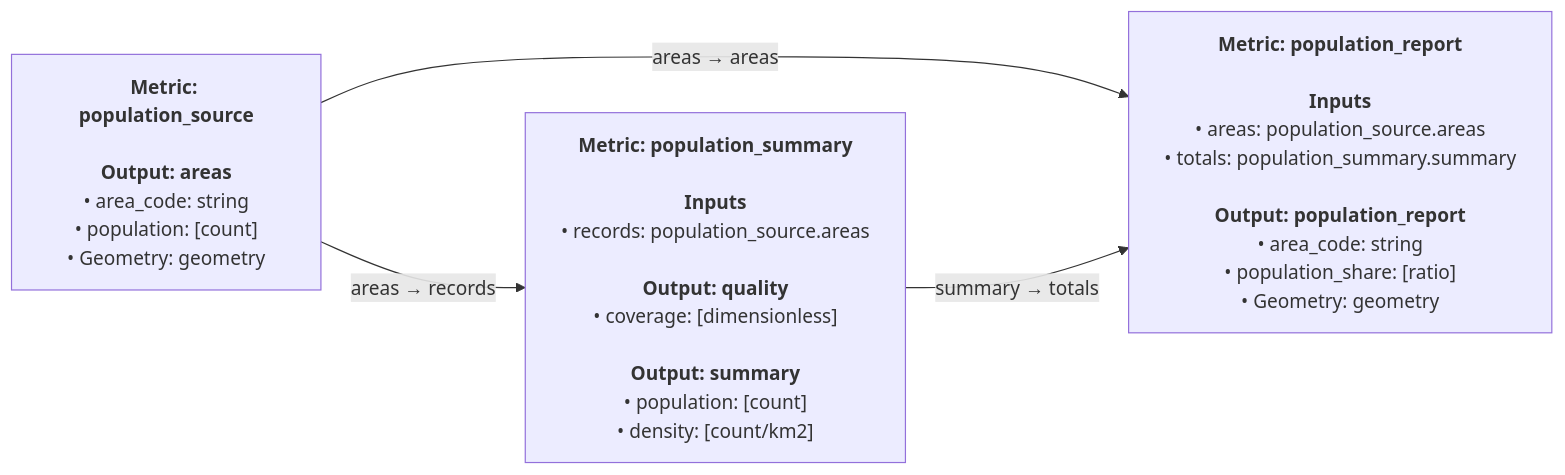
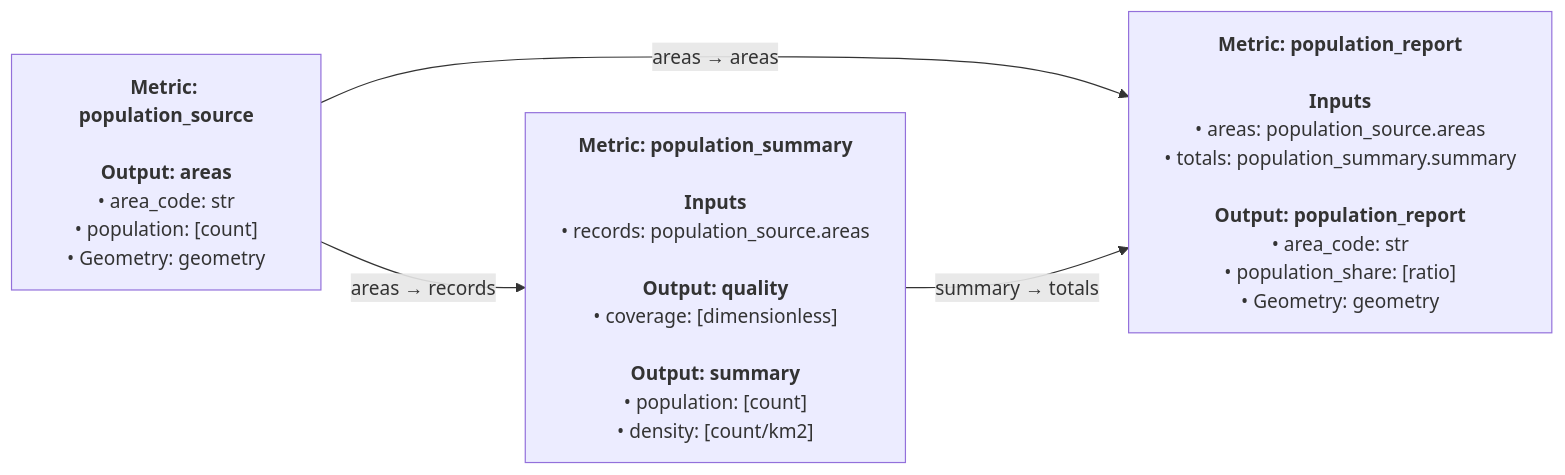
Before and after one commit to RodolfoFigueroa/Lyra: the diagram in examples/diagram-preview/preview.md, drawn with Mermaid. The commit also changed 63 other files, not shown here.

````diff
--- a/examples/diagram-preview/preview.md
+++ b/examples/diagram-preview/preview.md
@@ -3,9 +3,9 @@
 ```mermaid
 flowchart LR
-    n0["<b>Metric: population_report</b><br/><br/><b>Inputs</b><br/>#8226;#160;areas:#160;population_source#46;areas<br/>#8226;#160;totals:#160;population_summary#46;summary<br/><br/><b>Output: population_report</b><br/>#8226;#160;area_code:#160;string<br/>#8226;#160;population_share:#160;#91;ratio#93;<br/>#8226;#160;Geometry:#160;geometry"]
-    n1["<b>Metric: population_source</b><br/><br/><b>Output: areas</b><br/>#8226;#160;area_code:#160;string<br/>#8226;#160;population:#160;#91;count#93;<br/>#8226;#160;Geometry:#160;geometry"]
+    n0["<b>Metric: population_report</b><br/><br/><b>Inputs</b><br/>#8226;#160;areas:#160;population_source#46;areas<br/>#8226;#160;totals:#160;population_summary#46;summary<br/><br/><b>Output: population_report</b><br/>#8226;#160;area_code:#160;str<br/>#8226;#160;population_share:#160;#91;ratio#93;<br/>#8226;#160;Geometry:#160;geometry"]
+    n1["<b>Metric: population_source</b><br/><br/><b>Output: areas</b><br/>#8226;#160;area_code:#160;str<br/>#8226;#160;population:#160;#91;count#93;<br/>#8226;#160;Geometry:#160;geometry"]
     n2["<b>Metric: population_summary</b><br/><br/><b>Inputs</b><br/>#8226;#160;records:#160;population_source#46;areas<br/><br/><b>Output: quality</b><br/>#8226;#160;coverage:#160;#91;dimensionless#93;<br/><br/><b>Output: summary</b><br/>#8226;#160;population:#160;#91;count#93;<br/>#8226;#160;density:#160;#91;count#47;km2#93;"]
     n1 -->|"areas #8594; areas"| n0
     n2 -->|"summary #8594; totals"| n0
     n1 -->|"areas #8594; records"| n2
 ```
````
